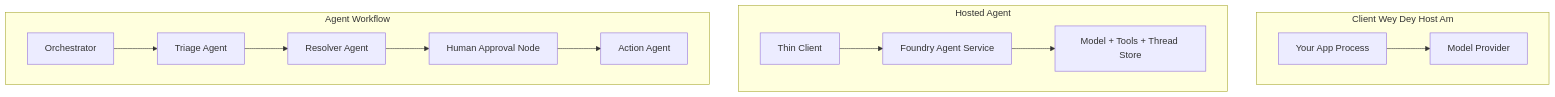
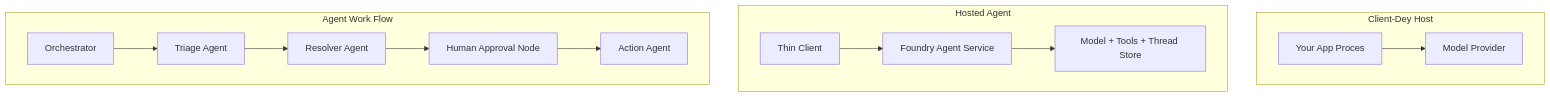
Before and after one commit to gabrielmoreira/agent-skills-mirror: the first of 4 diagrams in mirrors/repos/microsoft@ai-agents-for-beginners/translations/pcm/16-deploying-scalable-agents/README.md, drawn with Mermaid. The commit also changed other lines of this file and 3581 other files, not shown here.

````diff
--- a/mirrors/repos/microsoft@ai-agents-for-beginners/translations/pcm/16-deploying-scalable-agents/README.md
+++ b/mirrors/repos/microsoft@ai-agents-for-beginners/translations/pcm/16-deploying-scalable-agents/README.md
@@ -87,16 +87,16 @@
 ```mermaid
 flowchart TB
-    subgraph P1[Client Wey Dey Host Am]
-        A1[Your App Process] --> M1[Model Provider]
+    subgraph P1[Client-Dey Host]
+        A1[Your App Proces] --> M1[Model Provider]
     end
     subgraph P2[Hosted Agent]
         A2[Thin Client] --> F2[Foundry Agent Service]
         F2 --> M2[Model + Tools + Thread Store]
     end
-    subgraph P3[Agent Workflow]
+    subgraph P3[Agent Work Flow]
         A3[Orchestrator] --> S1[Triage Agent]
         S1 --> S2[Resolver Agent]
         S2 --> H[Human Approval Node]
         H --> S3[Action Agent]
     end
 ```
````
